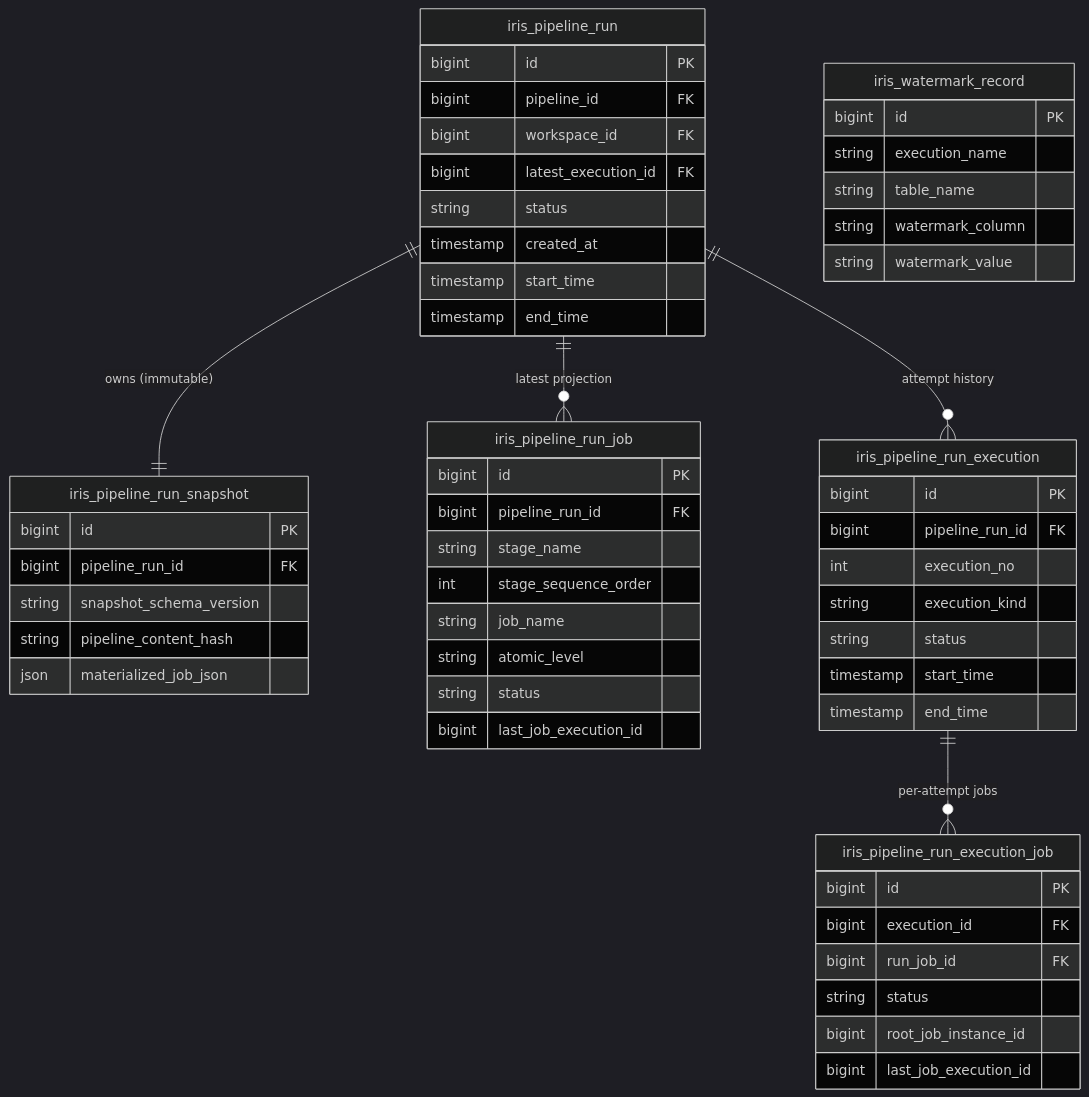
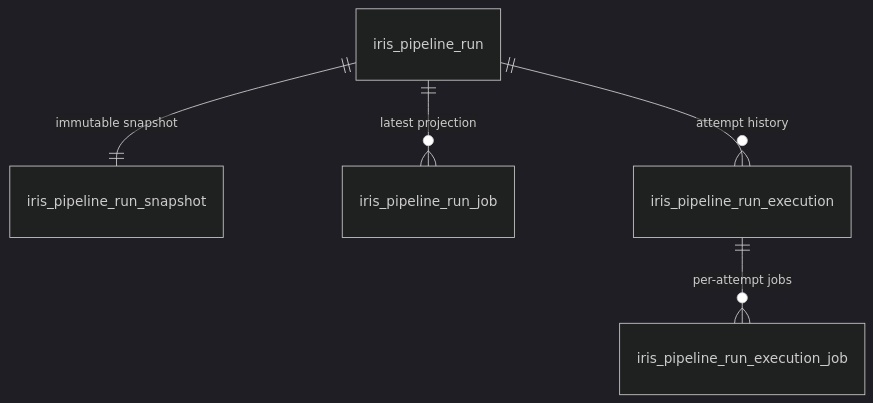
Before and after one commit to tibame201020/IrisPipe: the fourth of 8 diagrams in quarto/architecture.qmd, drawn with Mermaid (dark theme). The commit also changed other lines of this file and 1 other file, not shown here.

Commit message:
docs: simplify Mermaid diagrams - reduce node text density for readability

````diff
--- a/quarto/architecture.qmd
+++ b/quarto/architecture.qmd
@@ -196,64 +148,7 @@
 ```{mermaid}
 erDiagram
-  iris_pipeline_run {
-    bigint id PK
-    bigint pipeline_id FK
-    bigint workspace_id FK
-    bigint latest_execution_id FK
-    string status
-    timestamp created_at
-    timestamp start_time
-    timestamp end_time
-  }
-
-  iris_pipeline_run_snapshot {
-    bigint id PK
-    bigint pipeline_run_id FK
-    string snapshot_schema_version
-    string pipeline_content_hash
-    json materialized_job_json
-  }
-
-  iris_pipeline_run_job {
-    bigint id PK
-    bigint pipeline_run_id FK
-    string stage_name
-    int stage_sequence_order
-    string job_name
-    string atomic_level
-    string status
-    bigint last_job_execution_id
-  }
-
-  iris_pipeline_run_execution {
-    bigint id PK
-    bigint pipeline_run_id FK
-    int execution_no
-    string execution_kind
-    string status
-    timestamp start_time
-    timestamp end_time
-  }
-
-  iris_pipeline_run_execution_job {
-    bigint id PK
-    bigint execution_id FK
-    bigint run_job_id FK
-    string status
-    bigint root_job_instance_id
-    bigint last_job_execution_id
-  }
-
-  iris_watermark_record {
-    bigint id PK
-    string execution_name
-    string table_name
-    string watermark_column
-    string watermark_value
-  }
-
-  iris_pipeline_run ||--|| iris_pipeline_run_snapshot : "owns (immutable)"
+  iris_pipeline_run ||--|| iris_pipeline_run_snapshot : "immutable snapshot"
   iris_pipeline_run ||--o{ iris_pipeline_run_job : "latest projection"
   iris_pipeline_run ||--o{ iris_pipeline_run_execution : "attempt history"
   iris_pipeline_run_execution ||--o{ iris_pipeline_run_execution_job : "per-attempt jobs"
 ```
````
